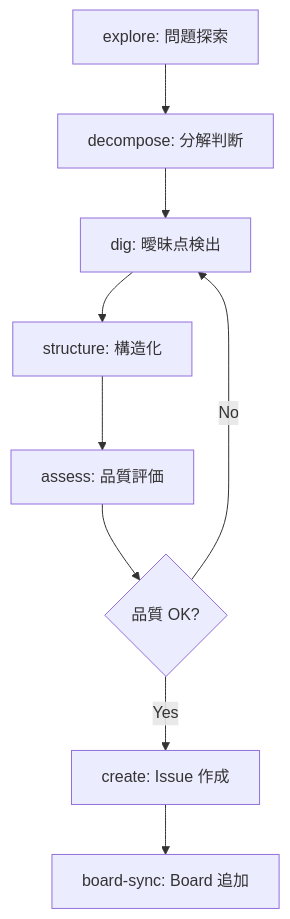
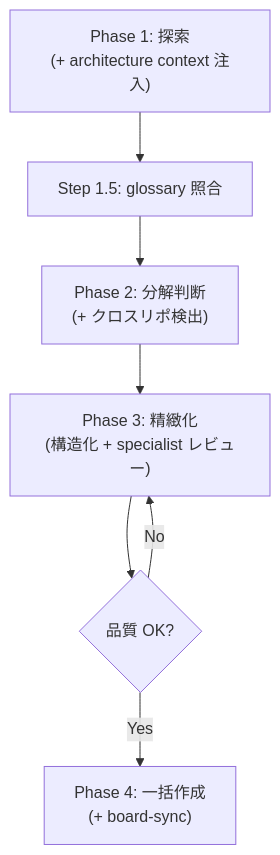
One commit to shuu5/twill changed the first of 3 diagrams in plugins/dev/architecture/domain/contexts/issue-mgmt.md. Above: the diagram before and after it, drawn with Mermaid. The commit also changed other lines of this file and 109 other files, not shown here.

First line of the commit message:
refactor(architecture): 全面リフレッシュ - living document化

````diff
--- a/plugins/dev/architecture/domain/contexts/issue-mgmt.md
+++ b/plugins/dev/architecture/domain/contexts/issue-mgmt.md
@@ -53,11 +49,9 @@
 ```mermaid
 flowchart TD
-    A[explore: 問題探索] --> B[decompose: 分解判断]
-    B --> C[dig: 曖昧点検出]
-    C --> D[structure: 構造化]
-    D --> E[assess: 品質評価]
-    E --> F{品質 OK?}
-    F -- Yes --> G[create: Issue 作成]
-    F -- No --> C
-    G --> H[board-sync: Board 追加]
+    A["Phase 1: 探索<br/>(+ architecture context 注入)"] --> A2["Step 1.5: glossary 照合"]
+    A2 --> B["Phase 2: 分解判断<br/>(+ クロスリポ検出)"]
+    B --> C["Phase 3: 精緻化<br/>(構造化 + specialist レビュー)"]
+    C --> D{品質 OK?}
+    D -- Yes --> E["Phase 4: 一括作成<br/>(+ board-sync)"]
+    D -- No --> C
 ```
````
